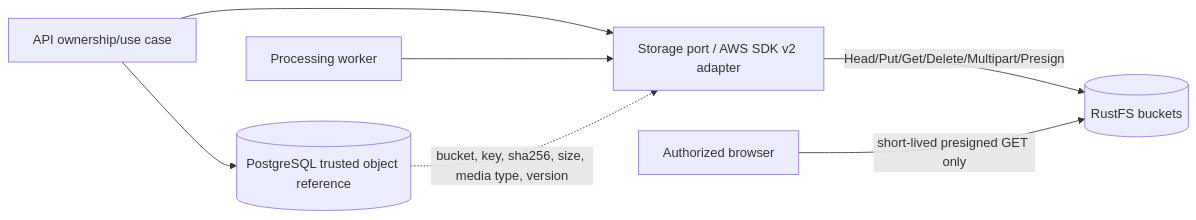
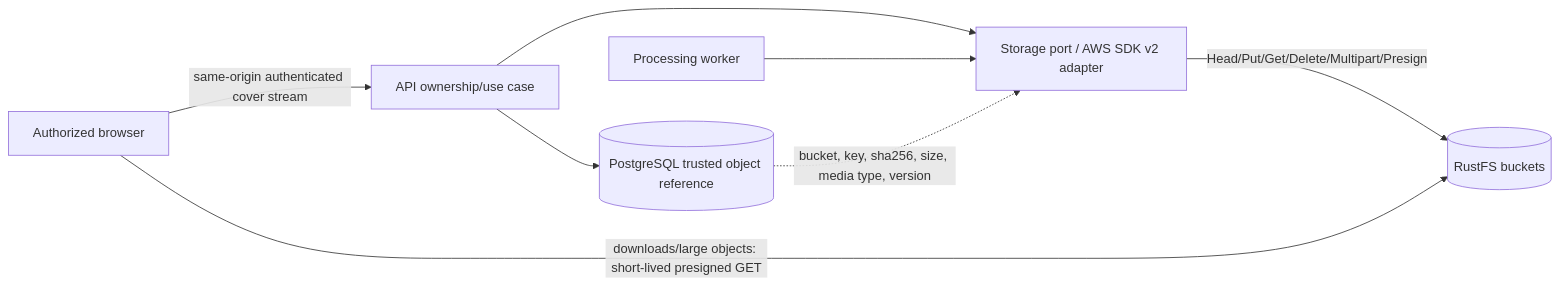
Before and after one commit to XRS0/reader: the first of 2 diagrams in docs/storage.md, drawn with Mermaid. The commit also changed other lines of this file and 29 other files, not shown here.

````diff
--- a/docs/storage.md
+++ b/docs/storage.md
@@ -21,9 +22,10 @@
 ```mermaid
 flowchart LR
     API["API ownership/use case"] --> DB[("PostgreSQL trusted object reference")]
     API --> Adapter["Storage port / AWS SDK v2 adapter"]
     Worker["Processing worker"] --> Adapter
     Adapter -->|"Head/Put/Get/Delete/Multipart/Presign"| RustFS[("RustFS buckets")]
-    Browser["Authorized browser"] -->|"short-lived presigned GET only"| RustFS
+    Browser["Authorized browser"] -->|"downloads/large objects: short-lived presigned GET"| RustFS
+    Browser -->|"same-origin authenticated cover stream"| API
     DB -. "bucket, key, sha256, size, media type, version" .-> Adapter
 ```
````
